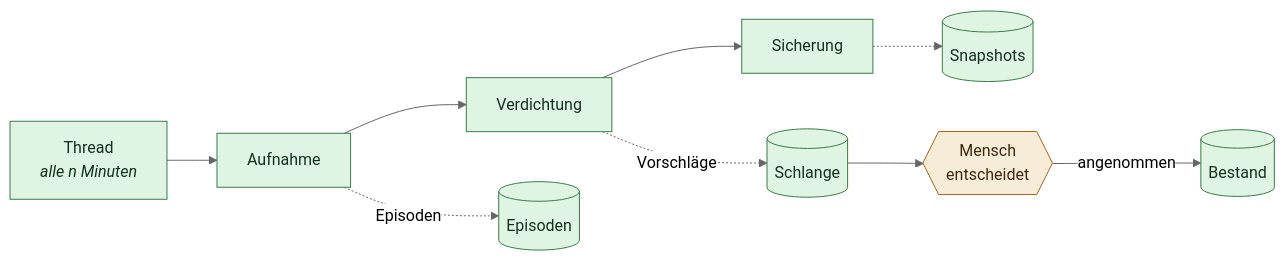
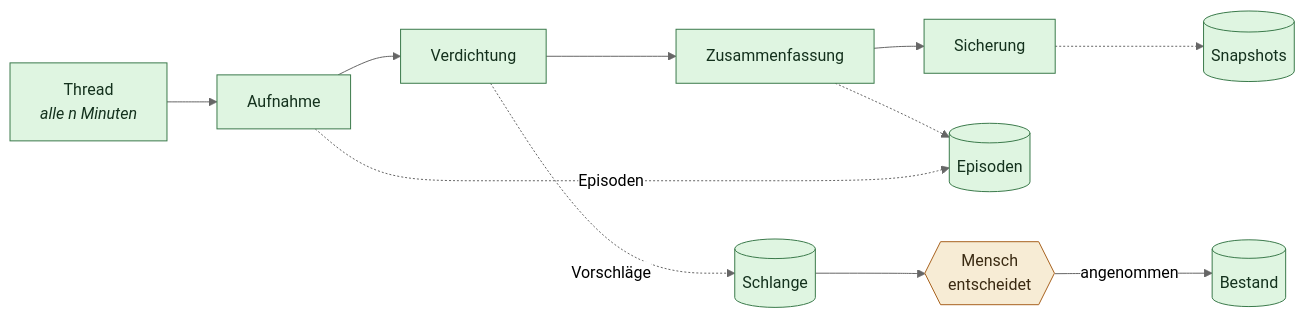
The diagram in docs/11-zeitplan.md (Icarus-health/Icarus), drawn with Mermaid (neutral theme) before and after one commit. The commit also changed other lines of this file and 12 other files, not shown here.

````diff
--- a/docs/11-zeitplan.md
+++ b/docs/11-zeitplan.md
@@ -38,14 +39,15 @@
 ```mermaid
 flowchart LR
-    T["Thread<br/><i>alle n Minuten</i>"] --> A["Aufnahme"] --> V["Verdichtung"] --> S["Sicherung"]
+    T["Thread<br/><i>alle n Minuten</i>"] --> A["Aufnahme"] --> V["Verdichtung"] --> Z["Zusammenfassung"] --> S["Sicherung"]
+    Z -.-> E
     A -.->|"Episoden"| E[("Episoden")]
     V -.->|"Vorschläge"| P[("Schlange")]
     S -.-> B[("Snapshots")]
     P --> M{{"Mensch<br/>entscheidet"}}
     M -->|"angenommen"| R[("Bestand")]
 
     classDef built fill:#dff5e1,stroke:#3b7a4b,color:#14311d
     classDef gate fill:#f7ecd5,stroke:#a8621f,color:#3a2a12
-    class T,A,V,S,E,P,B,R built
+    class T,A,V,Z,S,E,P,B,R built
     class M gate
 ```
````
